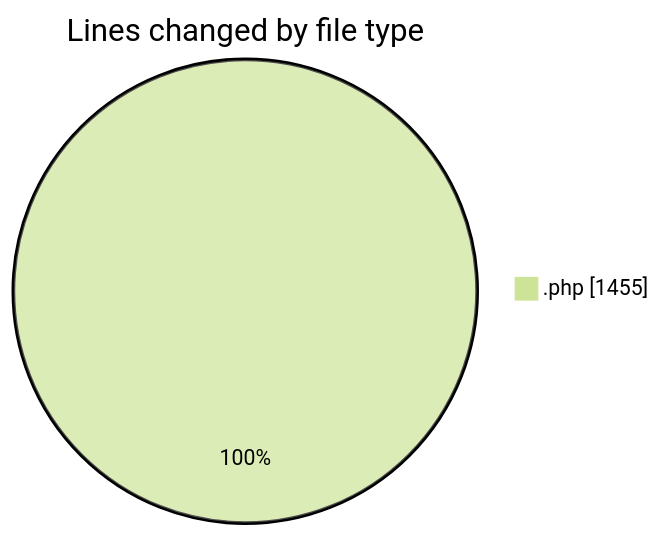
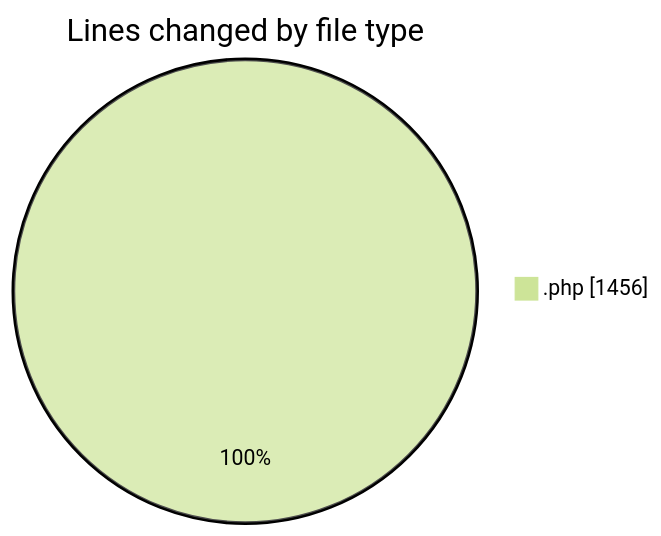
One commit to vahidmafi/code-tracking changed the first of 2 diagrams in 2025-10-04/shop/README.md. Above: the diagram before and after it, drawn with Mermaid (forest theme). The commit also changed other lines of this file and 1 other file, not shown here.

````diff
--- a/2025-10-04/shop/README.md
+++ b/2025-10-04/shop/README.md
@@ -24,5 +24,5 @@
 ```mermaid
 pie showData
 title Lines changed by file type
-".php" : 1455
+".php" : 1456
 ```
````
